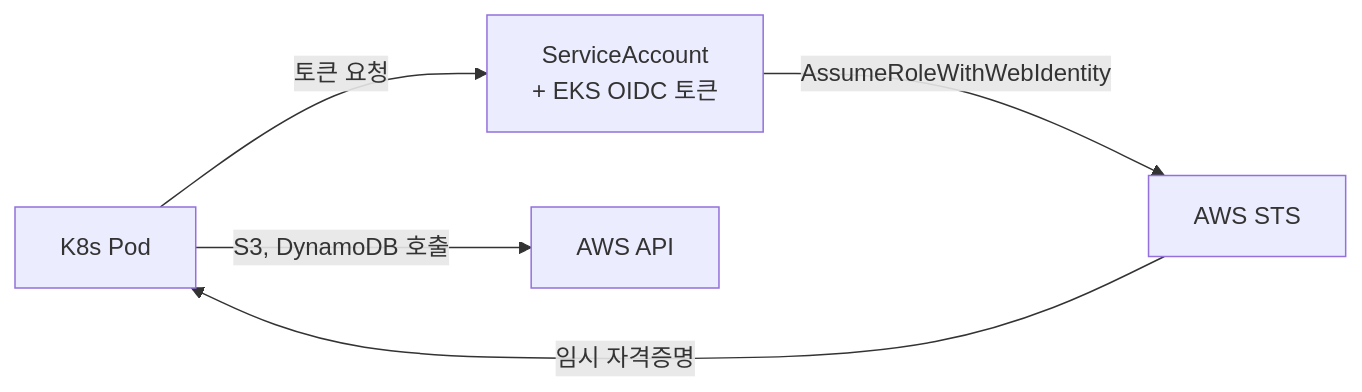
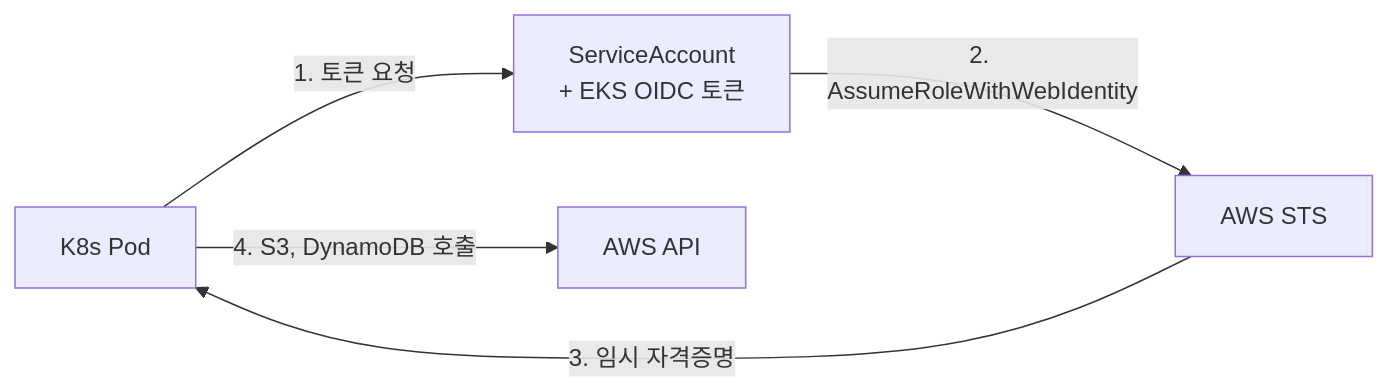
One commit to rhcwlq89/rhcwlq89.github.io changed the fifth of 5 diagrams in src/content/blog/aws-credential-federation-deep-dive.md. Above: the diagram before and after it, drawn with Mermaid. The commit also changed other lines of this file and 1 other file, not shown here.

First line of the commit message:
docs: 자격증명 페더레이션 글 5.1·5.3절 다이어그램에 시퀀스 번호 추가 (한/영)

````diff
--- a/src/content/blog/aws-credential-federation-deep-dive.md
+++ b/src/content/blog/aws-credential-federation-deep-dive.md
@@ -469,7 +469,7 @@
 ```mermaid
 flowchart LR
-    Pod[K8s Pod] -->|토큰 요청| SA[ServiceAccount<br/>+ EKS OIDC 토큰]
-    SA -->|AssumeRoleWithWebIdentity| STS[AWS STS]
-    STS -->|임시 자격증명| Pod
-    Pod -->|S3, DynamoDB 호출| AWS[AWS API]
+    Pod[K8s Pod] -->|"1. 토큰 요청"| SA[ServiceAccount<br/>+ EKS OIDC 토큰]
+    SA -->|"2. AssumeRoleWithWebIdentity"| STS[AWS STS]
+    STS -->|"3. 임시 자격증명"| Pod
+    Pod -->|"4. S3, DynamoDB 호출"| AWS[AWS API]
 ```
````
